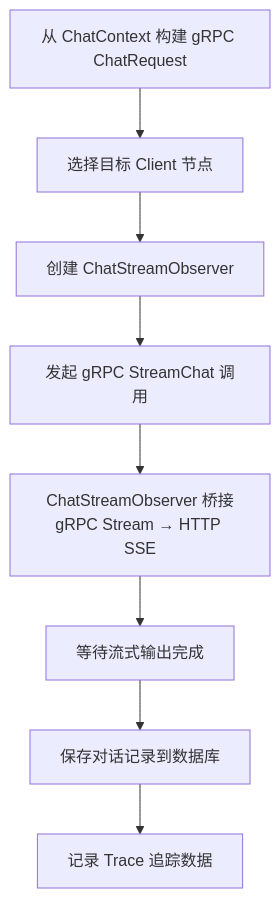
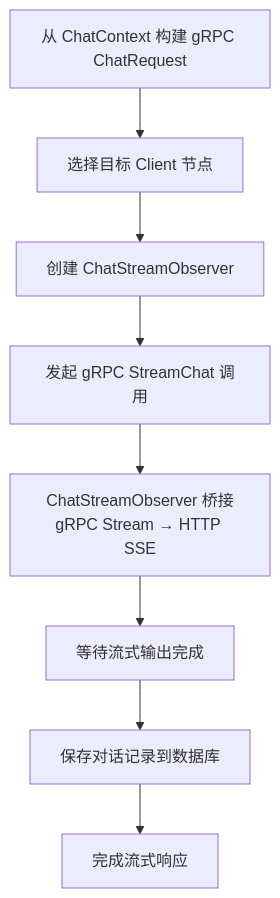
Before and after one commit to aizuda/snail-ai: diagram 12 of 18 in docs/architecture/agent-chain.md, drawn with Mermaid. The commit also changed other lines of this file and 41 other files, not shown here.

````diff
--- a/docs/architecture/agent-chain.md
+++ b/docs/architecture/agent-chain.md
@@ -281,10 +280,10 @@
 ```mermaid
 flowchart TD
     A["从 ChatContext 构建 gRPC ChatRequest"] --> B["选择目标 Client 节点"]
     B --> C["创建 ChatStreamObserver"]
     C --> D["发起 gRPC StreamChat 调用"]
     D --> E["ChatStreamObserver 桥接<br/>gRPC Stream → HTTP SSE"]
     E --> F["等待流式输出完成"]
     F --> G["保存对话记录到数据库"]
-    G --> H["记录 Trace 追踪数据"]
+    G --> H["完成流式响应"]
 ```
````
